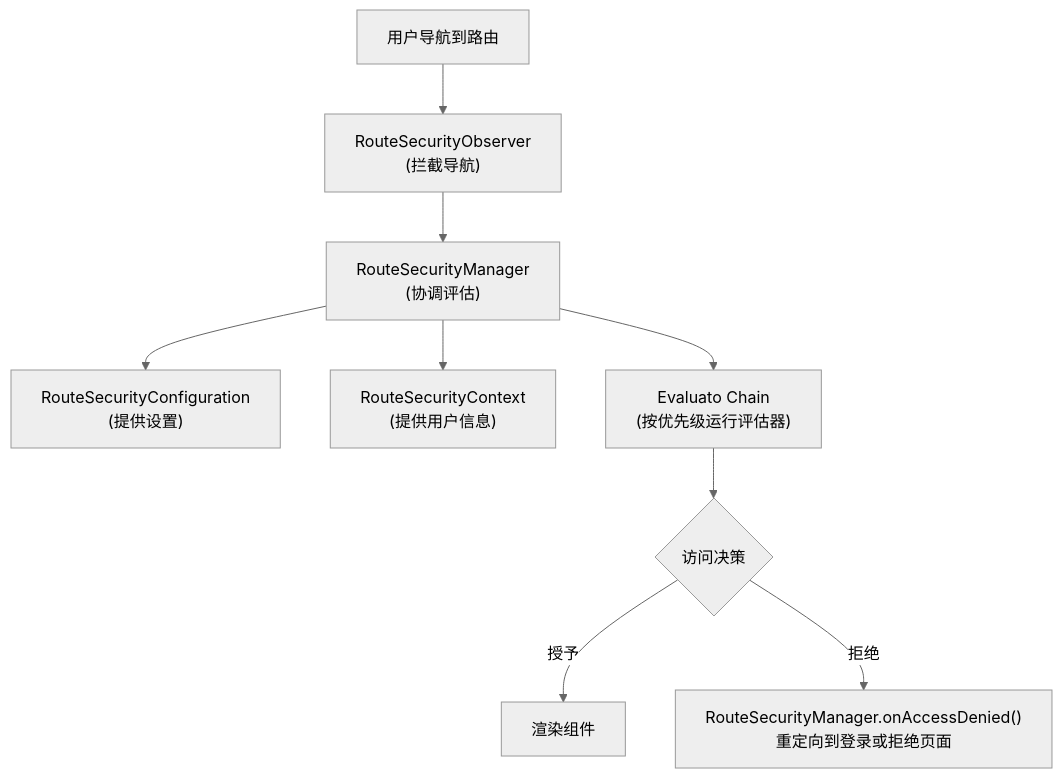
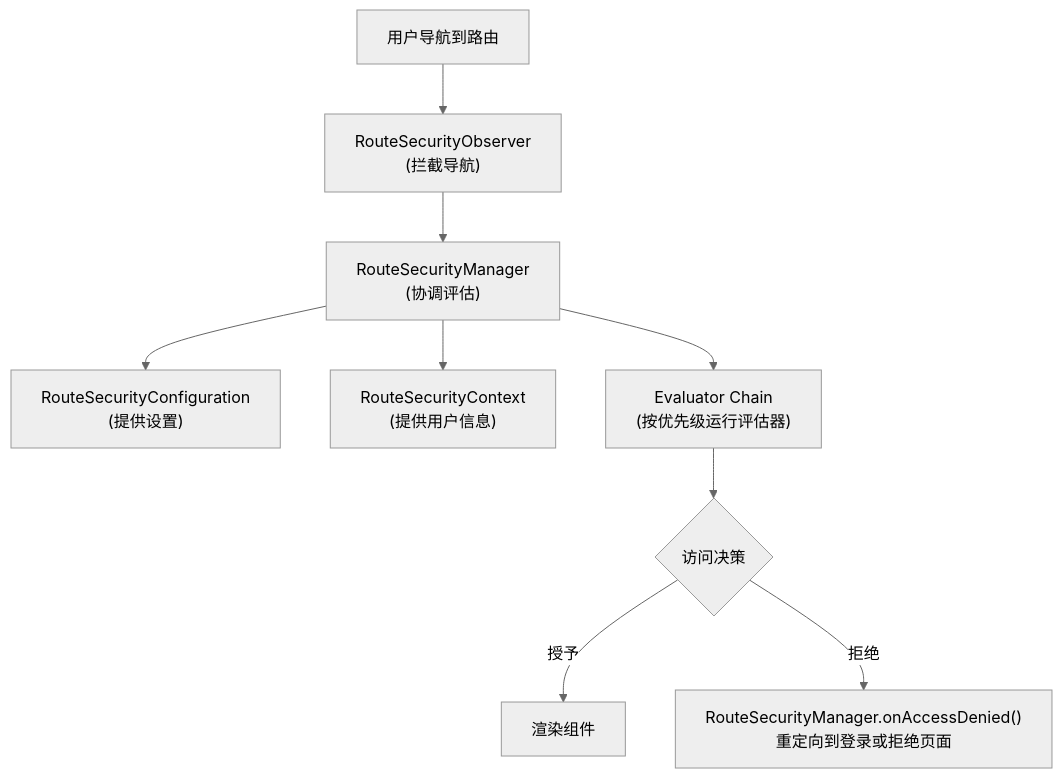
One commit to webforj/webforj-documentation changed the diagram in docs/i18n/zh/docusaurus-plugin-content-docs/current/security/architecture/foundational-architecture.md. Above: the diagram before and after it, drawn with Mermaid (neutral theme). The commit also changed other lines of this file and 389 other files, not shown here.

````diff
--- a/docs/i18n/zh/docusaurus-plugin-content-docs/current/security/architecture/foundational-architecture.md
+++ b/docs/i18n/zh/docusaurus-plugin-content-docs/current/security/architecture/foundational-architecture.md
@@ -113,13 +113,13 @@
 ```mermaid
 flowchart TB
-    User["用户导航到路由"] --> Observer["RouteSecurityObserver<br/>(拦截导航)"]
-    Observer --> Manager["RouteSecurityManager<br/>(协调评估)"]
+  User["用户导航到路由"] --> Observer["RouteSecurityObserver<br/>(拦截导航)"]
+  Observer --> Manager["RouteSecurityManager<br/>(协调评估)"]
 
-    Manager --> Config["RouteSecurityConfiguration<br/>(提供设置)"]
-    Manager --> Context["RouteSecurityContext<br/>(提供用户信息)"]
-    Manager --> Chain["Evaluato Chain<br/>(按优先级运行评估器)"]
+  Manager --> Config["RouteSecurityConfiguration<br/>(提供设置)"]
+  Manager --> Context["RouteSecurityContext<br/>(提供用户信息)"]
+  Manager --> Chain["Evaluator Chain<br/>(按优先级运行评估器)"]
 
-    Chain --> Decision{"访问决策"}
-    Decision -->|"授予"| Render["渲染组件"]
-    Decision -->|"拒绝"| Redirect["RouteSecurityManager.onAccessDenied()<br/>重定向到登录或拒绝页面"]
+  Chain --> Decision{"访问决策"}
+  Decision -->|"授予"| Render["渲染组件"]
+  Decision -->|"拒绝"| Redirect["RouteSecurityManager.onAccessDenied()<br/>重定向到登录或拒绝页面"]
 ```
````
